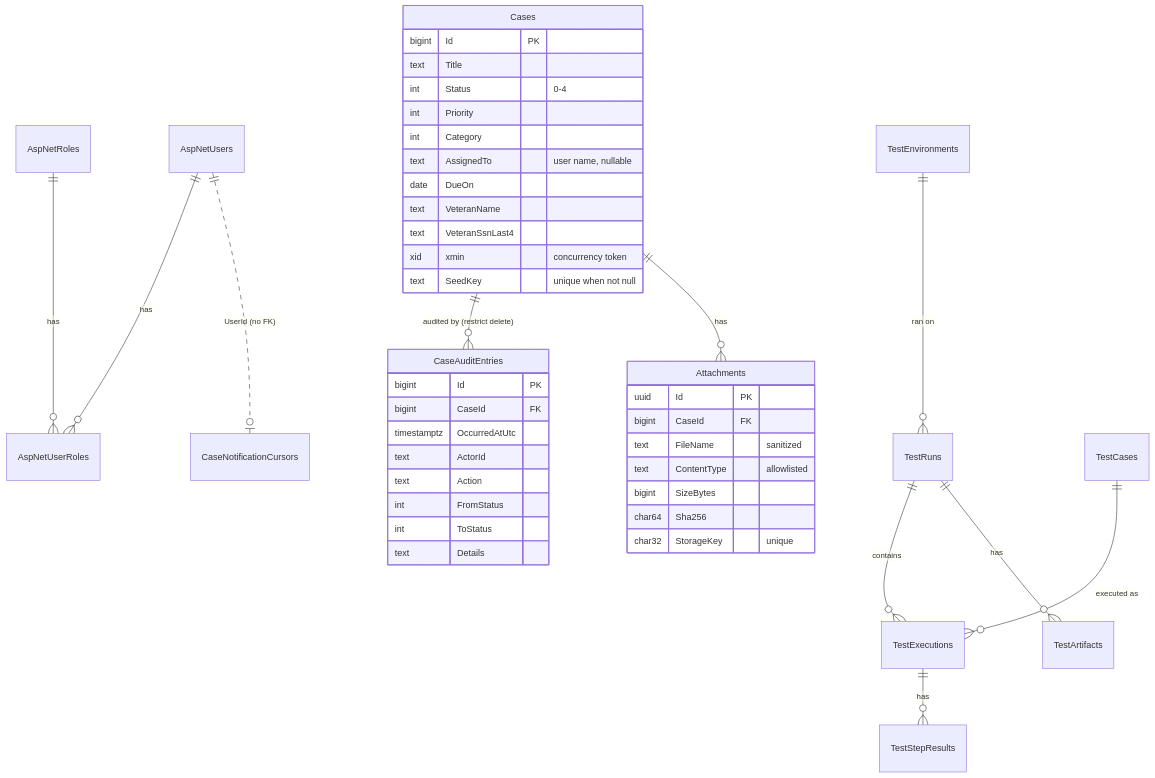
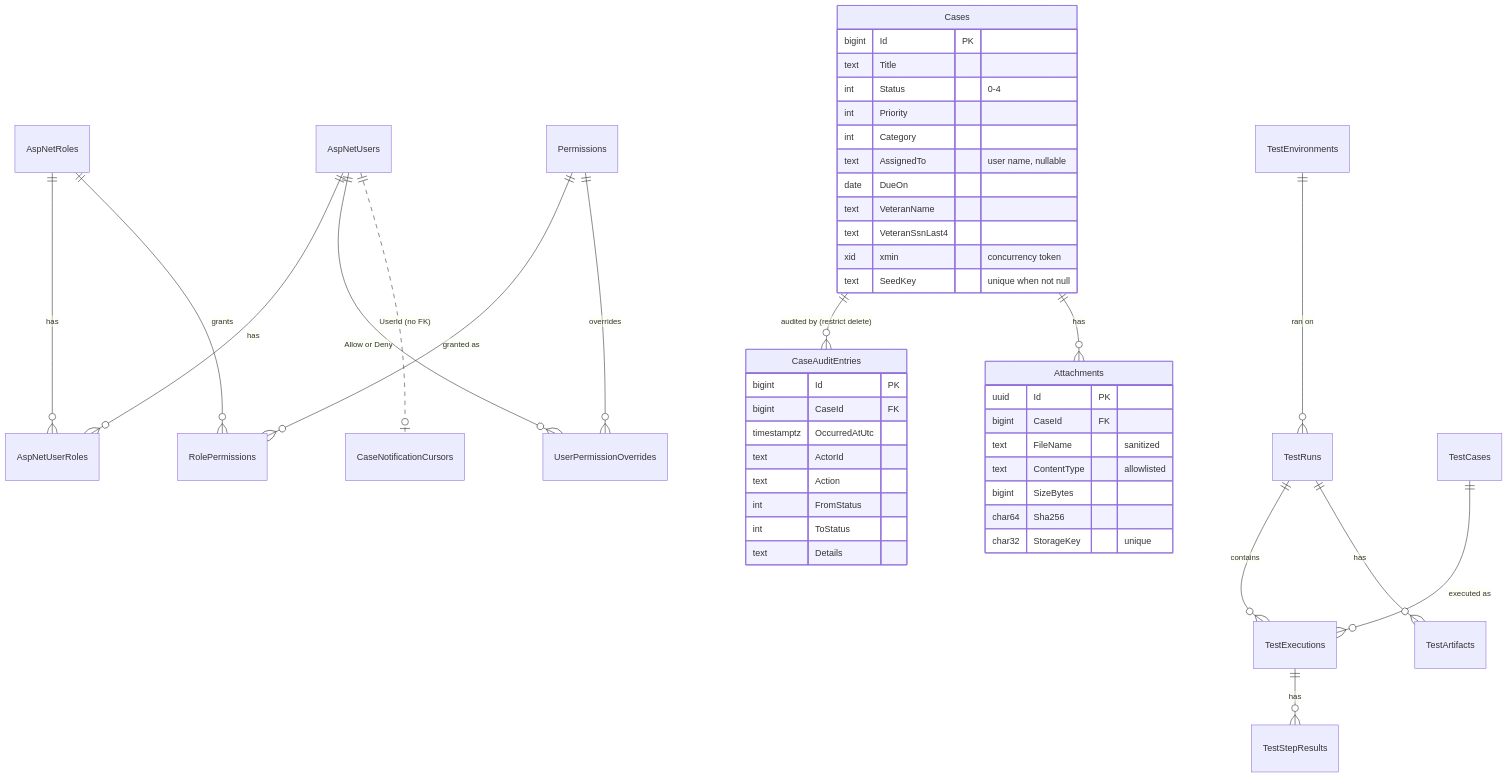
One commit to wslabwsllc/va-misi-case-management-wsllc changed the eighth of 8 diagrams in docs/architecture.md. Above: the diagram before and after it, drawn with Mermaid. The commit also changed other lines of this file and 3 other files, not shown here.

Commit message:
docs: add the architecture overview, align architecture.md and the Assumptions Log with main (F09; R40)

````diff
--- a/docs/architecture.md
+++ b/docs/architecture.md
@@ -483,46 +499,50 @@
 ```mermaid
 erDiagram
     AspNetUsers ||--o{ AspNetUserRoles : has
     AspNetRoles ||--o{ AspNetUserRoles : has
+    AspNetRoles ||--o{ RolePermissions : grants
+    Permissions ||--o{ RolePermissions : "granted as"
+    AspNetUsers ||--o{ UserPermissionOverrides : "Allow or Deny"
+    Permissions ||--o{ UserPermissionOverrides : overrides
     Cases ||--o{ CaseAuditEntries : "audited by (restrict delete)"
     Cases ||--o{ Attachments : has
     AspNetUsers ||..o| CaseNotificationCursors : "UserId (no FK)"
     TestRuns ||--o{ TestExecutions : contains
     TestCases ||--o{ TestExecutions : "executed as"
     TestExecutions ||--o{ TestStepResults : has
     TestRuns ||--o{ TestArtifacts : has
     TestEnvironments ||--o{ TestRuns : "ran on"
 
     Cases {
         bigint Id PK
         text Title
         int Status "0-4"
         int Priority
         int Category
         text AssignedTo "user name, nullable"
         date DueOn
         text VeteranName
         text VeteranSsnLast4
         xid xmin "concurrency token"
         text SeedKey "unique when not null"
     }
     CaseAuditEntries {
         bigint Id PK
         bigint CaseId FK
         timestamptz OccurredAtUtc
         text ActorId
         text Action
         int FromStatus
         int ToStatus
         text Details
     }
     Attachments {
         uuid Id PK
         bigint CaseId FK
         text FileName "sanitized"
         text ContentType "allowlisted"
         bigint SizeBytes
         char64 Sha256
         char32 StorageKey "unique"
     }
 ```
````
